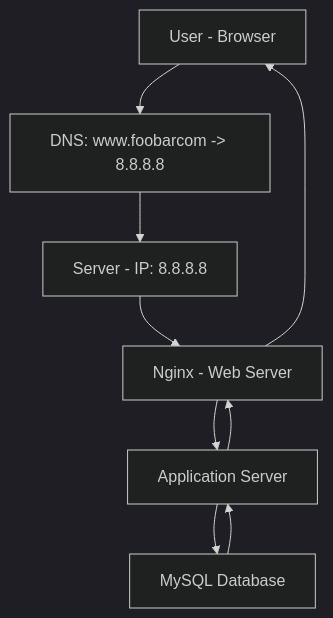
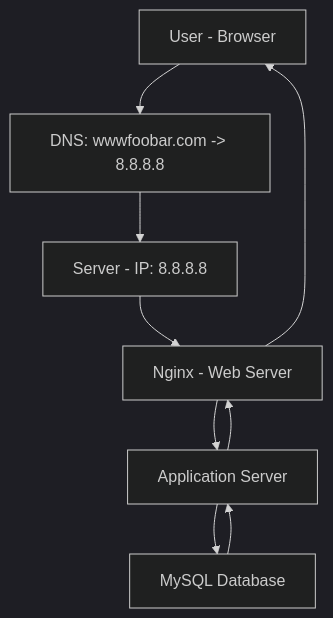
One commit to ahmedguindou/holbertonschool-system_engineering-devops changed the diagram in web_infrastructure_design/0-simple_web_stack.md. Above: the diagram before and after it, drawn with Mermaid (dark theme).

Commit message:
web_infrastructure_design

````diff
--- a/web_infrastructure_design/0-simple_web_stack.md
+++ b/web_infrastructure_design/0-simple_web_stack.md
@@ -23,18 +23,18 @@
 ```mermaid
 graph TD
     User[User - Browser]
-    DNS[DNS: www.foobarcom -> 8.8.8.8]
+    DNS[DNS: wwwfoobar.com -> 8.8.8.8]
     Server[Server - IP: 8.8.8.8]
     Nginx[Nginx - Web Server]
     App[Application Server]
     DB[MySQL Database]
 
     User --> DNS
     DNS --> Server
     Server --> Nginx
     Nginx --> App
     App --> DB
     DB --> App
     App --> Nginx
     Nginx --> User
 ```
````
